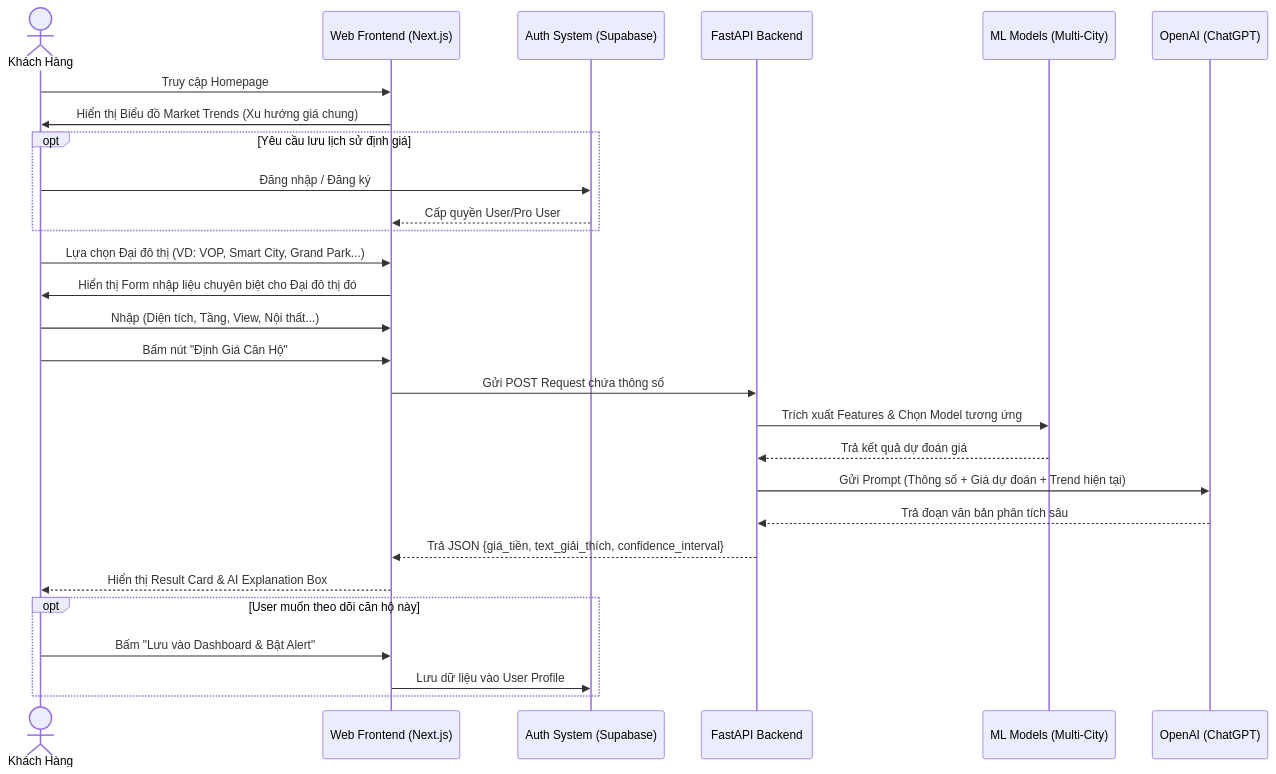
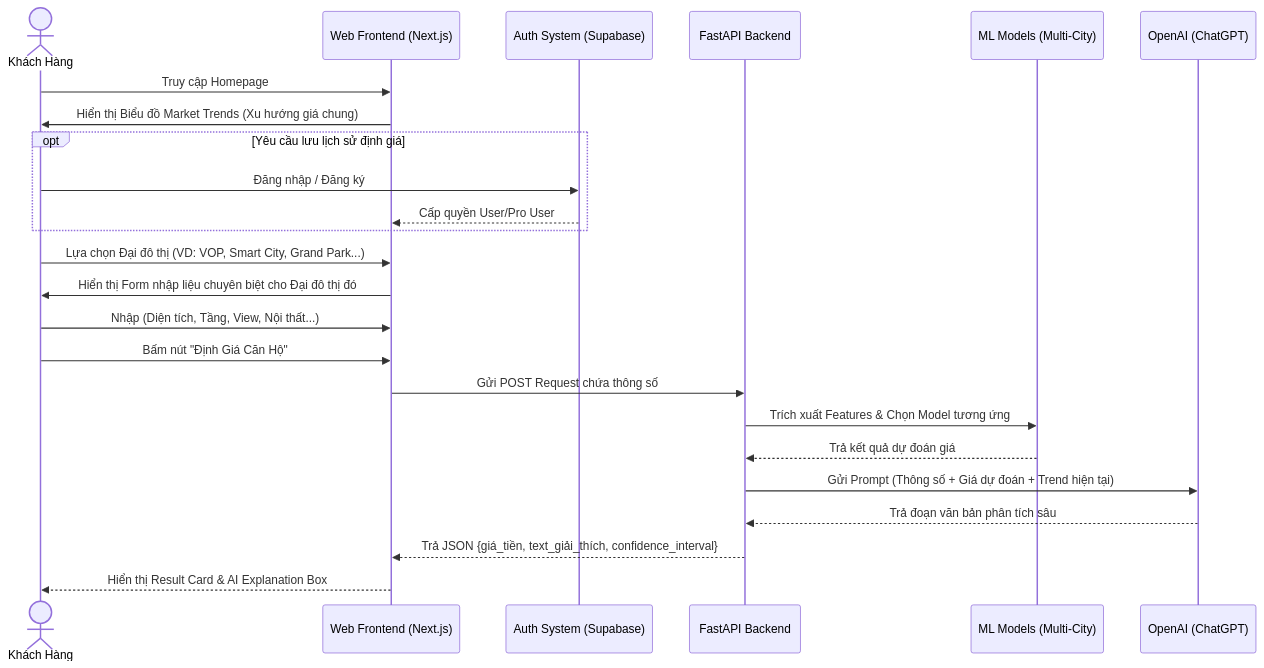
The diagram in docs/3_UI_Flow_Wireframe.md (dangbach3107/132-RealEstate-BuildPhase), drawn with Mermaid before and after one commit. The commit also changed other lines of this file and 4 other files, not shown here.

````diff
--- a/docs/3_UI_Flow_Wireframe.md
+++ b/docs/3_UI_Flow_Wireframe.md
@@ -11,37 +11,32 @@
 ```mermaid
 sequenceDiagram
     actor User as Khách Hàng
     participant UI as Web Frontend (Next.js)
     participant Auth as Auth System (Supabase)
     participant API as FastAPI Backend
     participant ML as ML Models (Multi-City)
     participant LLM as OpenAI (ChatGPT)
 
     User->>UI: Truy cập Homepage
     UI->>User: Hiển thị Biểu đồ Market Trends (Xu hướng giá chung)
     
     opt Yêu cầu lưu lịch sử định giá
         User->>Auth: Đăng nhập / Đăng ký
         Auth-->>UI: Cấp quyền User/Pro User
     end
 
     User->>UI: Lựa chọn Đại đô thị (VD: VOP, Smart City, Grand Park...)
     UI->>User: Hiển thị Form nhập liệu chuyên biệt cho Đại đô thị đó
     
     User->>UI: Nhập (Diện tích, Tầng, View, Nội thất...)
     User->>UI: Bấm nút "Định Giá Căn Hộ"
     UI->>API: Gửi POST Request chứa thông số
     
     API->>ML: Trích xuất Features & Chọn Model tương ứng
     ML-->>API: Trả kết quả dự đoán giá
     API->>LLM: Gửi Prompt (Thông số + Giá dự đoán + Trend hiện tại)
     LLM-->>API: Trả đoạn văn bản phân tích sâu
     
     API-->>UI: Trả JSON {giá_tiền, text_giải_thích, confidence_interval}
     UI-->>User: Hiển thị Result Card & AI Explanation Box
-    
-    opt User muốn theo dõi căn hộ này
-        User->>UI: Bấm "Lưu vào Dashboard & Bật Alert"
-        UI->>Auth: Lưu dữ liệu vào User Profile
-    end
 ```
````
